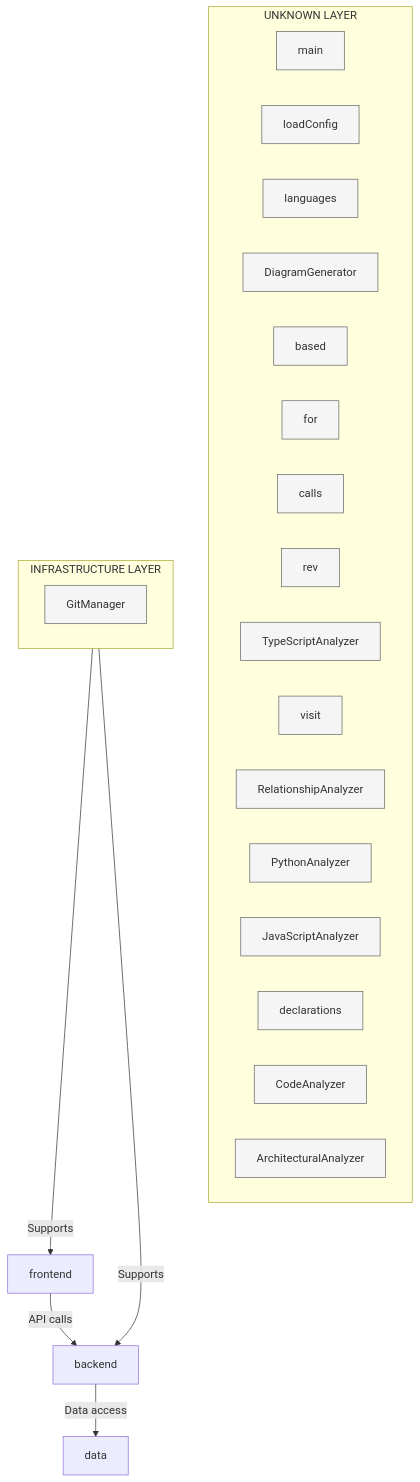
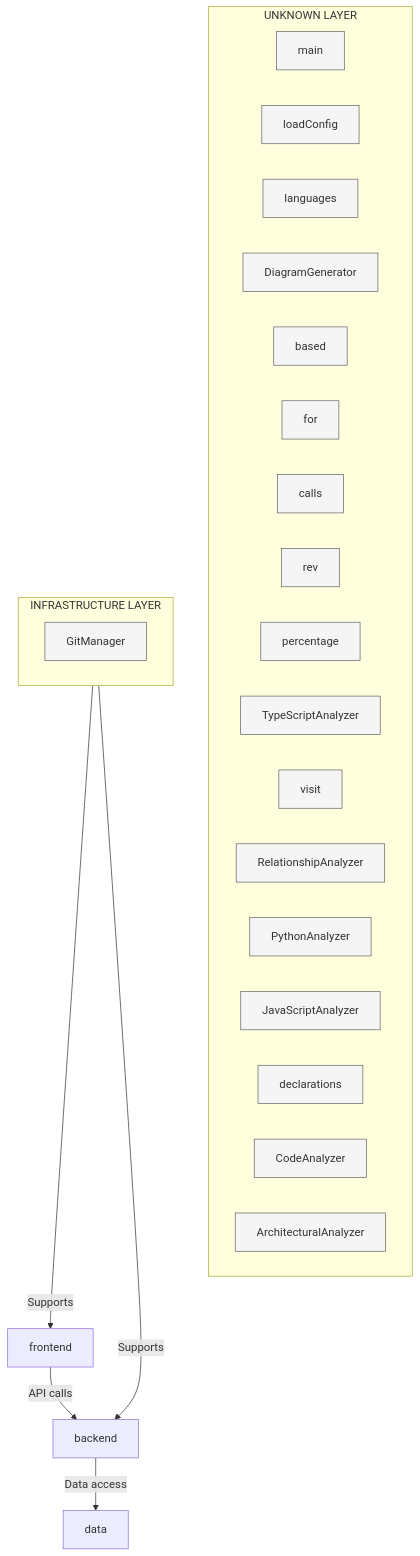
One commit to samjhill/diagrammer changed the diagram in docs/architecture/layeredArchitecture.md. Above: the diagram before and after it, drawn with Mermaid. The commit also changed other lines of this file and 9 other files, not shown here.

Commit message:
docs: Update architecture diagrams [skip ci]

````diff
--- a/docs/architecture/layeredArchitecture.md
+++ b/docs/architecture/layeredArchitecture.md
@@ -7,57 +7,59 @@
 ```mermaid
 graph TB
   classDef frontend fill:#e3f2fd,stroke:#1976d2,stroke-width:3px
   classDef backend fill:#e8f5e8,stroke:#388e3c,stroke-width:3px
   classDef data fill:#fff3e0,stroke:#f57c00,stroke-width:3px
   classDef infrastructure fill:#f3e5f5,stroke:#7b1fa2,stroke-width:3px
   classDef component fill:#f5f5f5,stroke:#666,stroke-width:1px
 
   subgraph unknown["UNKNOWN LAYER"]
     classDef unknownClass fill:#f5f5f5,stroke:#666,stroke-width:1px
     main["main"]
     main:::component
     loadConfig["loadConfig"]
     loadConfig:::component
     languages["languages"]
     languages:::component
     DiagramGenerator["DiagramGenerator"]
     DiagramGenerator:::component
     based["based"]
     based:::component
     for["for"]
     for:::component
     calls["calls"]
     calls:::component
     rev["rev"]
     rev:::component
+    percentage["percentage"]
+    percentage:::component
     TypeScriptAnalyzer["TypeScriptAnalyzer"]
     TypeScriptAnalyzer:::component
     visit["visit"]
     visit:::component
     RelationshipAnalyzer["RelationshipAnalyzer"]
     RelationshipAnalyzer:::component
     PythonAnalyzer["PythonAnalyzer"]
     PythonAnalyzer:::component
     JavaScriptAnalyzer["JavaScriptAnalyzer"]
     JavaScriptAnalyzer:::component
     declarations["declarations"]
     declarations:::component
     CodeAnalyzer["CodeAnalyzer"]
     CodeAnalyzer:::component
     ArchitecturalAnalyzer["ArchitecturalAnalyzer"]
     ArchitecturalAnalyzer:::component
   end
 
   subgraph infrastructure["INFRASTRUCTURE LAYER"]
     classDef infrastructureClass fill:#f5f5f5,stroke:#666,stroke-width:1px
     GitManager["GitManager"]
     GitManager:::component
   end
 
   %% Layer relationships
   frontend -->|API calls| backend
   backend -->|Data access| data
   infrastructure -->|Supports| frontend
   infrastructure -->|Supports| backend
 
 ```
````
